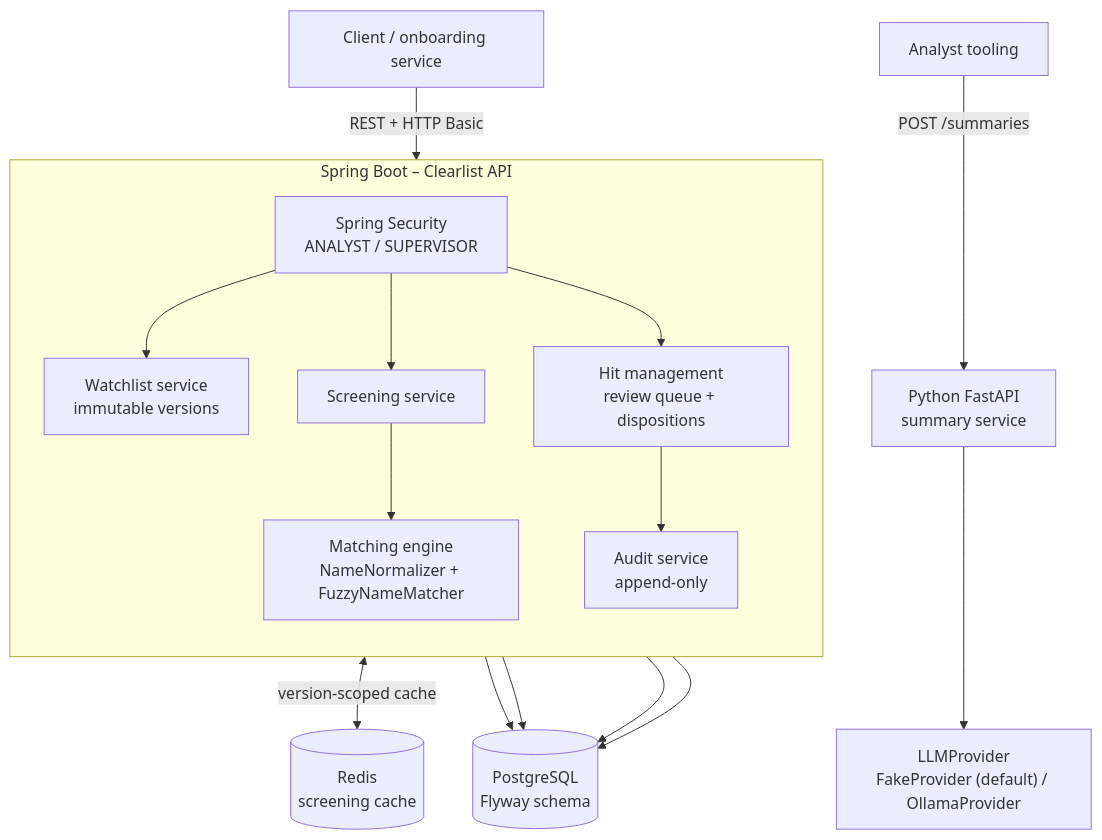
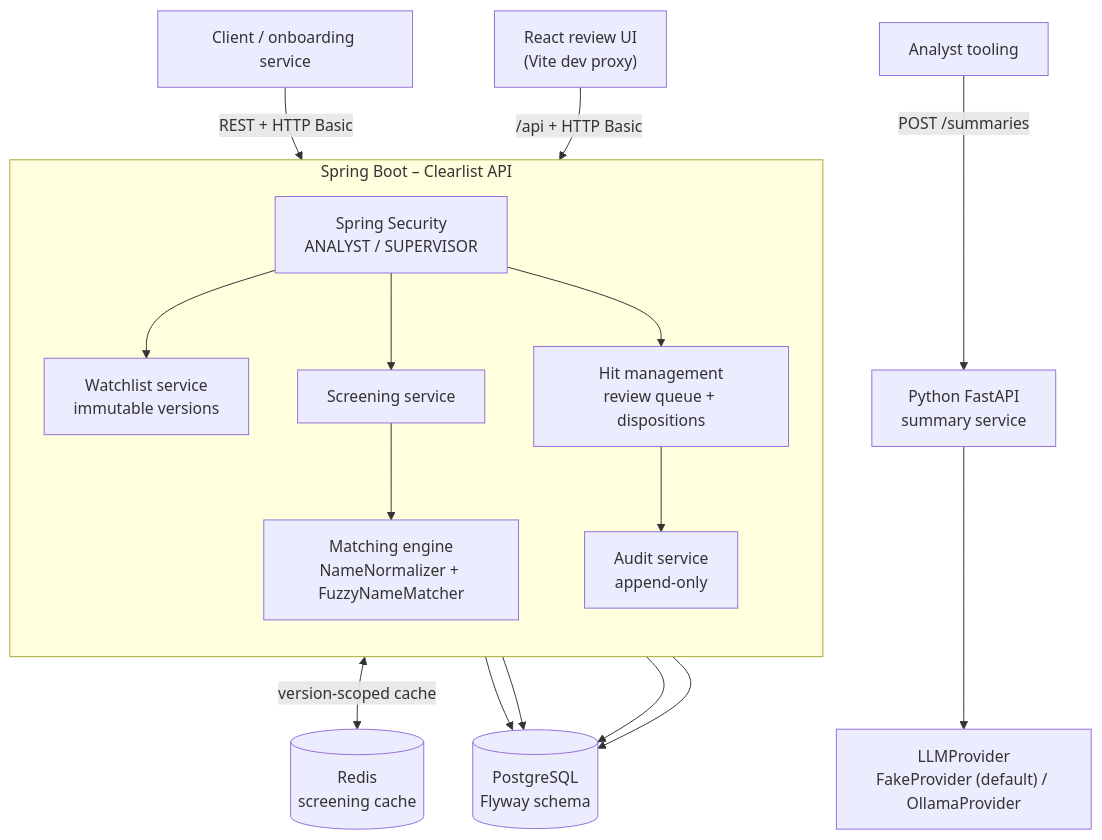
Before and after one commit to mitali-Genai-project/Azentio-assesment-2026: the diagram in README.md, drawn with Mermaid. The commit also changed other lines of this file and 1 other file, not shown here.

Commit message:
docs: document react review ui, local h2 demo and measured load-test results

````diff
--- a/README.md
+++ b/README.md
@@ -60,23 +76,24 @@
 ```mermaid
 flowchart TB
     client["Client / onboarding service"] -->|"REST + HTTP Basic"| api
+    ui["React review UI<br/>(Vite dev proxy)"] -->|"/api + HTTP Basic"| api
 
     subgraph api["Spring Boot – Clearlist API"]
         direction TB
         sec["Spring Security<br/>ANALYST / SUPERVISOR"]
         wl["Watchlist service<br/>immutable versions"]
         scr["Screening service"]
         eng["Matching engine<br/>NameNormalizer + FuzzyNameMatcher"]
         hits["Hit management<br/>review queue + dispositions"]
         audit["Audit service<br/>append-only"]
         sec --> wl & scr & hits
         scr --> eng
         hits --> audit
     end
 
     scr <-->|"version-scoped cache"| redis[("Redis<br/>screening cache")]
     wl & scr & hits & audit --> pg[("PostgreSQL<br/>Flyway schema")]
 
     analyst["Analyst tooling"] -->|"POST /summaries"| py["Python FastAPI<br/>summary service"]
     py --> prov["LLMProvider<br/>FakeProvider (default) / OllamaProvider"]
 ```
````
